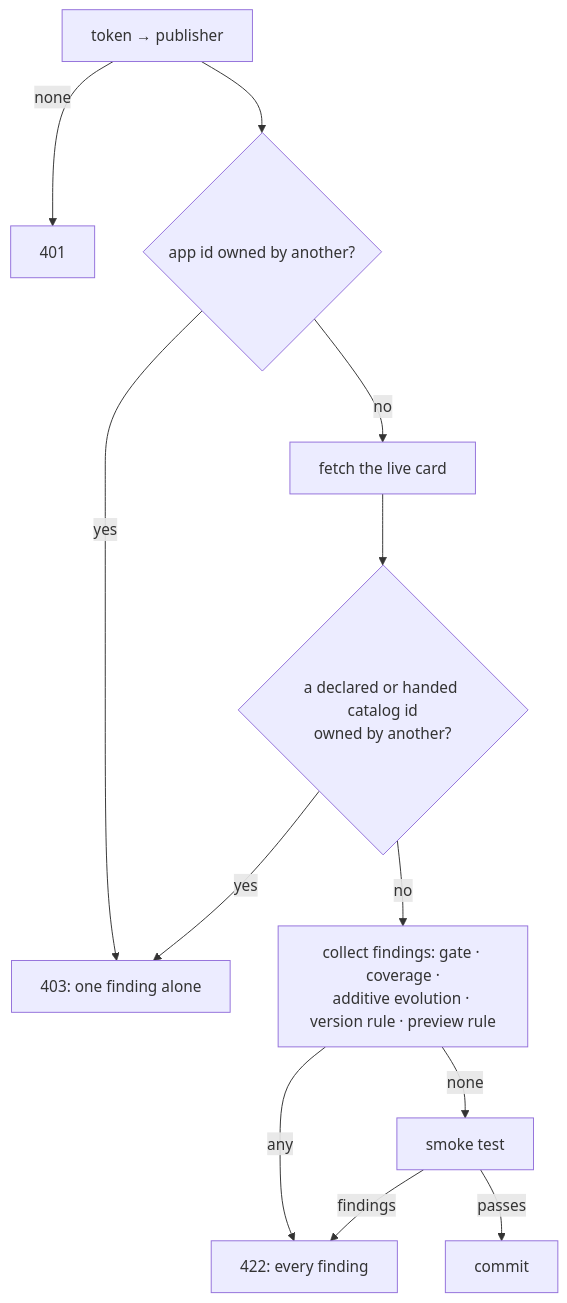
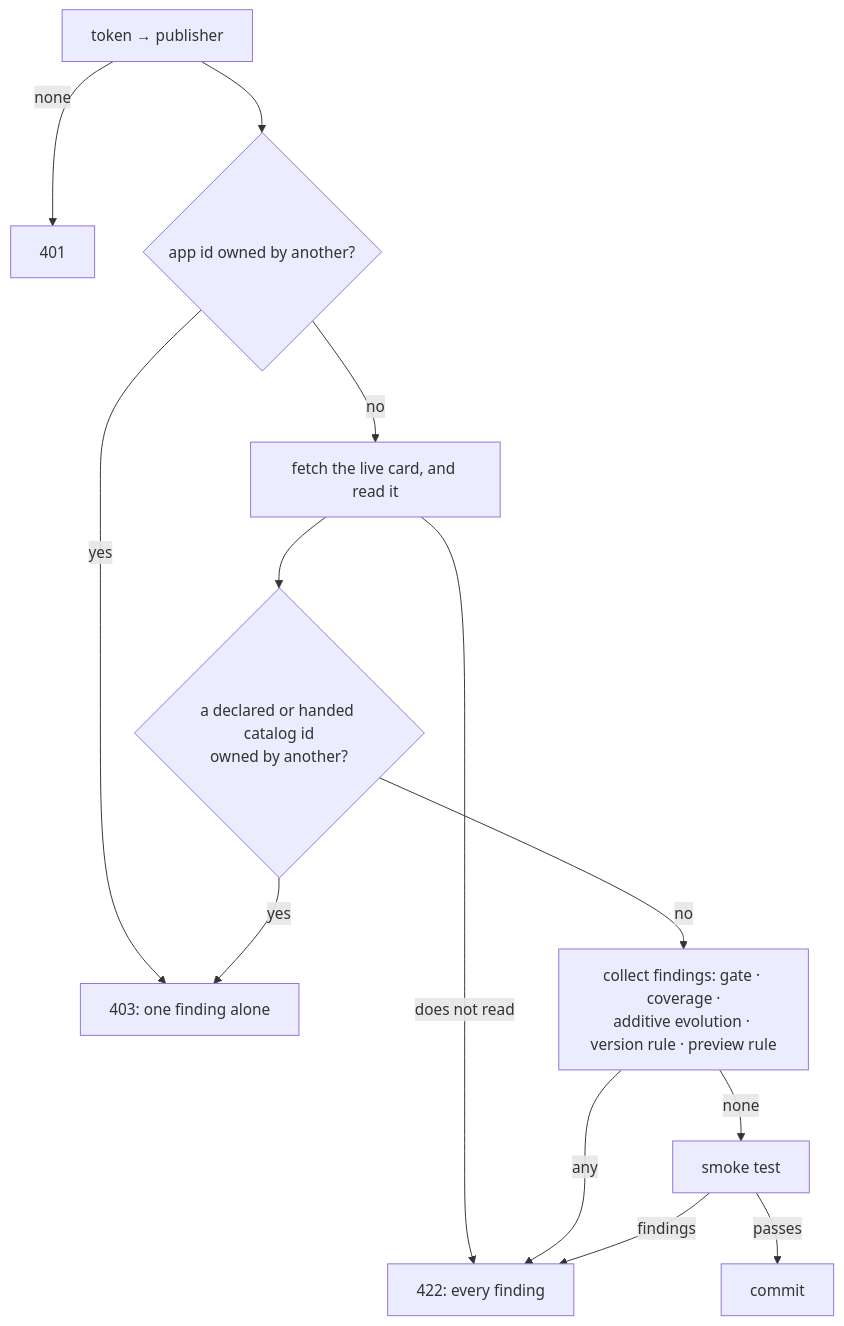
Before and after one commit to retz8/a2uiverse: the third of 4 diagrams in docs/design/marketplace.md, drawn with Mermaid. The commit also changed other lines of this file and 16 other files, not shown here.

````diff
--- a/docs/design/marketplace.md
+++ b/docs/design/marketplace.md
@@ -317,14 +317,15 @@
 ```mermaid
 flowchart TD
     T["token → publisher"] -->|"none"| R401["401"]
     T --> O1{"app id owned by another?"}
     O1 -->|"yes"| R403["403: one finding alone"]
-    O1 -->|"no"| F["fetch the live card"]
+    O1 -->|"no"| F["fetch the live card, and read it"]
+    F -->|"does not read"| R422
     F --> O2{"a declared or handed catalog id<br/>owned by another?"}
     O2 -->|"yes"| R403
     O2 -->|"no"| CK["collect findings: gate · coverage ·<br/>additive evolution · version rule · preview rule"]
     CK -->|"any"| R422["422: every finding"]
     CK -->|"none"| SM["smoke test"]
     SM -->|"findings"| R422
     SM -->|"passes"| CM["commit"]
 ```
````
